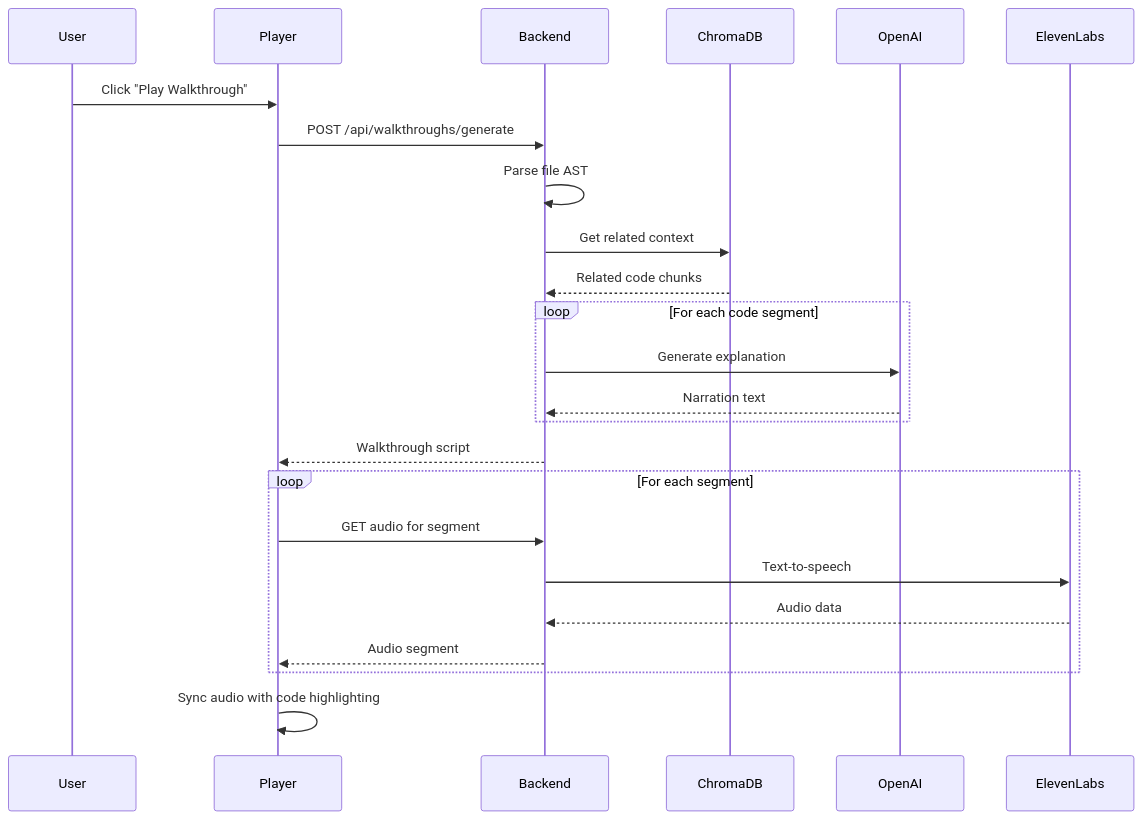
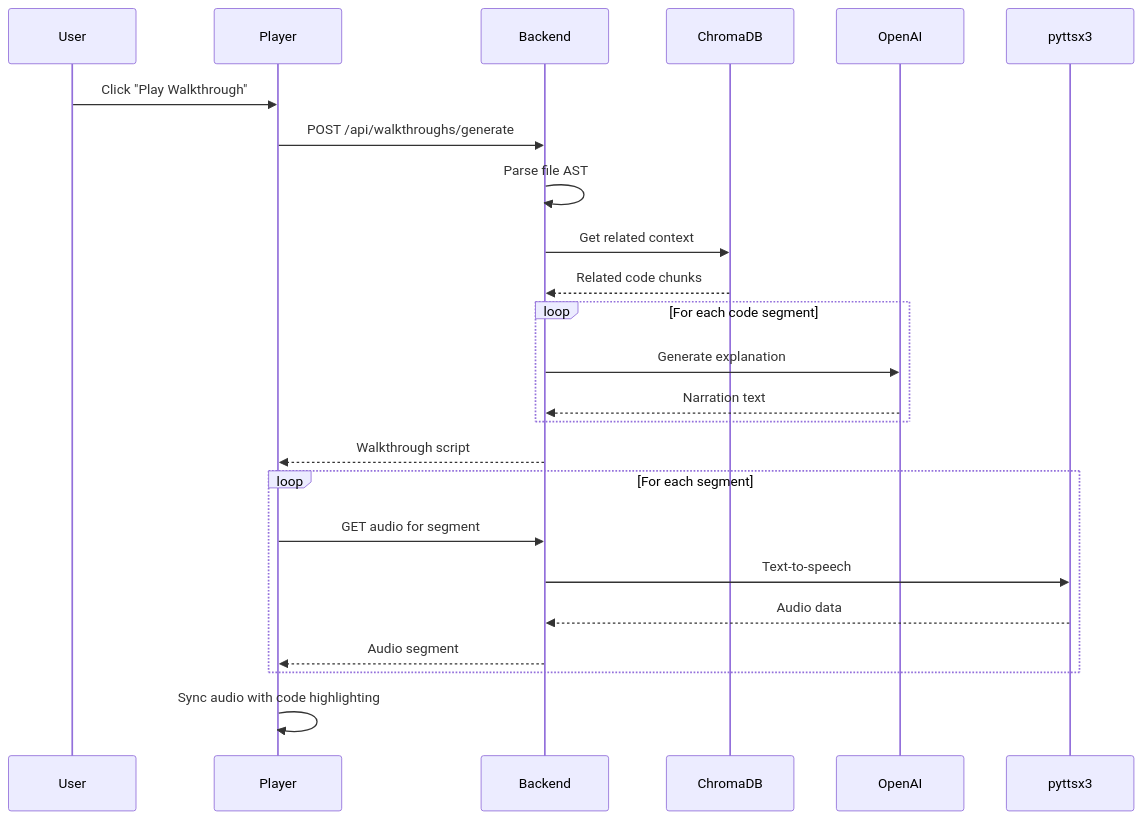
The fourth of 6 diagrams in docs/DATA_FLOW.md (nitinog10/Docuverse-Ai), drawn with Mermaid before and after one commit. The commit also changed other lines of this file and 6 other files, not shown here.

Commit message:
Add audio walkthrough flow and update backend config

````diff
--- a/docs/DATA_FLOW.md
+++ b/docs/DATA_FLOW.md
@@ -119,32 +119,32 @@
 ```mermaid
 sequenceDiagram
     participant User
     participant Player
     participant Backend
     participant ChromaDB
     participant OpenAI
-    participant ElevenLabs
+    participant pyttsx3
 
     User->>Player: Click "Play Walkthrough"
     Player->>Backend: POST /api/walkthroughs/generate
     
     Backend->>Backend: Parse file AST
     Backend->>ChromaDB: Get related context
     ChromaDB-->>Backend: Related code chunks
     
     loop For each code segment
         Backend->>OpenAI: Generate explanation
         OpenAI-->>Backend: Narration text
     end
     
     Backend-->>Player: Walkthrough script
     
     loop For each segment
         Player->>Backend: GET audio for segment
-        Backend->>ElevenLabs: Text-to-speech
-        ElevenLabs-->>Backend: Audio data
+        Backend->>pyttsx3: Text-to-speech
+        pyttsx3-->>Backend: Audio data
         Backend-->>Player: Audio segment
     end
     
     Player->>Player: Sync audio with code highlighting
 ```
````
